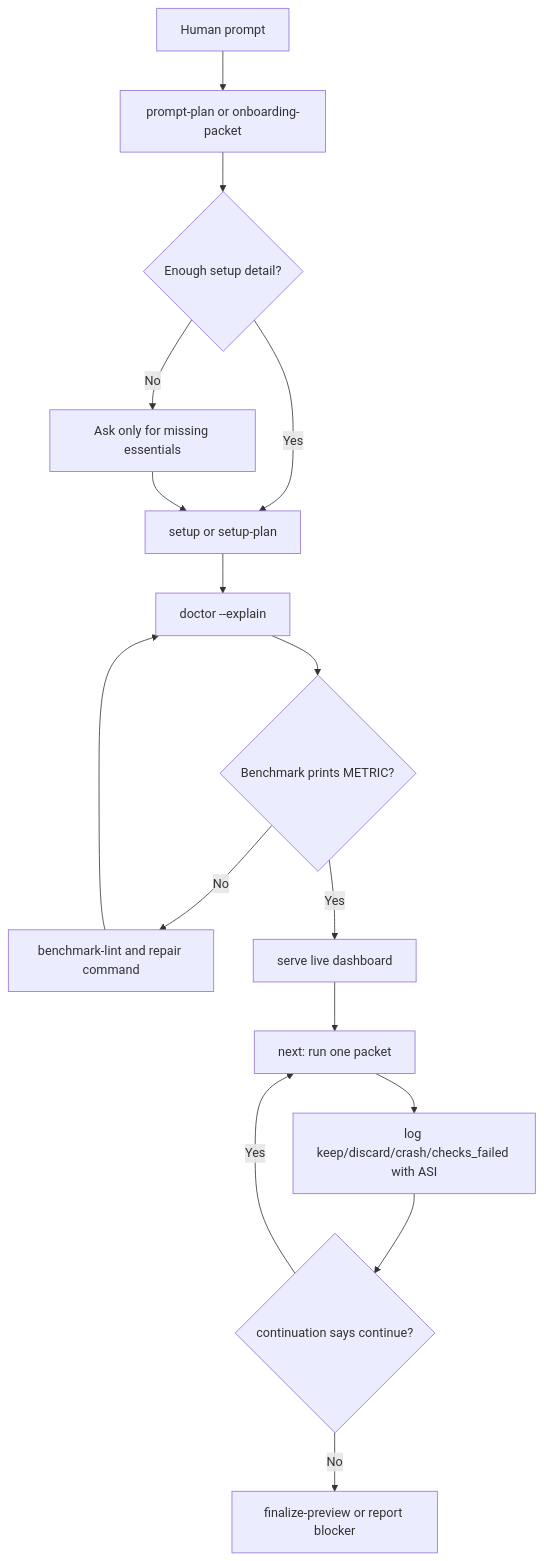
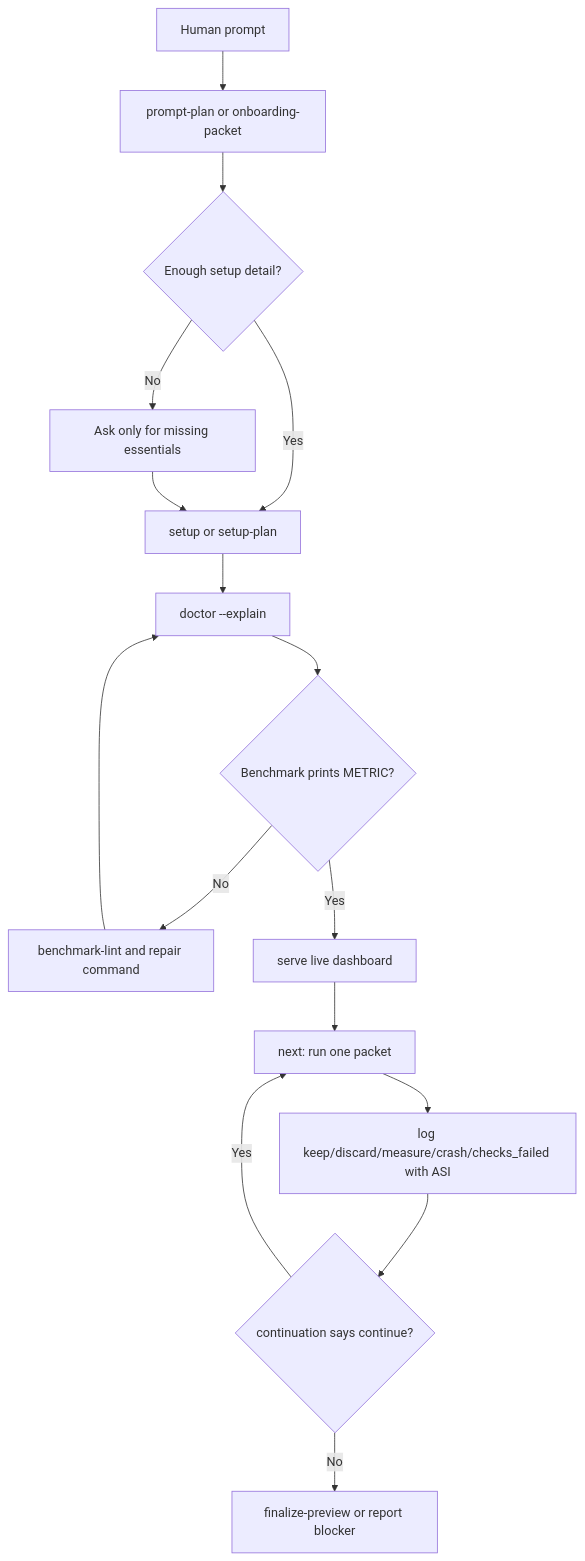
The first of 5 diagrams in plugins/codex-autoresearch/docs/workflows.md (TheGreenCedar/codex-autoresearch), drawn with Mermaid before and after one commit. The commit also changed other lines of this file and 33 other files, not shown here.

Commit message:
harden autoresearch resume flow 1.4.0

````diff
--- a/plugins/codex-autoresearch/docs/workflows.md
+++ b/plugins/codex-autoresearch/docs/workflows.md
@@ -7,18 +7,18 @@
 ```mermaid
 flowchart TD
   A["Human prompt"] --> B["prompt-plan or onboarding-packet"]
   B --> C{"Enough setup detail?"}
   C -- "No" --> D["Ask only for missing essentials"]
   C -- "Yes" --> E["setup or setup-plan"]
   D --> E
   E --> F["doctor --explain"]
   F --> G{"Benchmark prints METRIC?"}
   G -- "No" --> H["benchmark-lint and repair command"]
   G -- "Yes" --> I["serve live dashboard"]
   H --> F
   I --> J["next: run one packet"]
-  J --> K["log keep/discard/crash/checks_failed with ASI"]
+  J --> K["log keep/discard/measure/crash/checks_failed with ASI"]
   K --> L{"continuation says continue?"}
   L -- "Yes" --> J
   L -- "No" --> M["finalize-preview or report blocker"]
 ```
````
